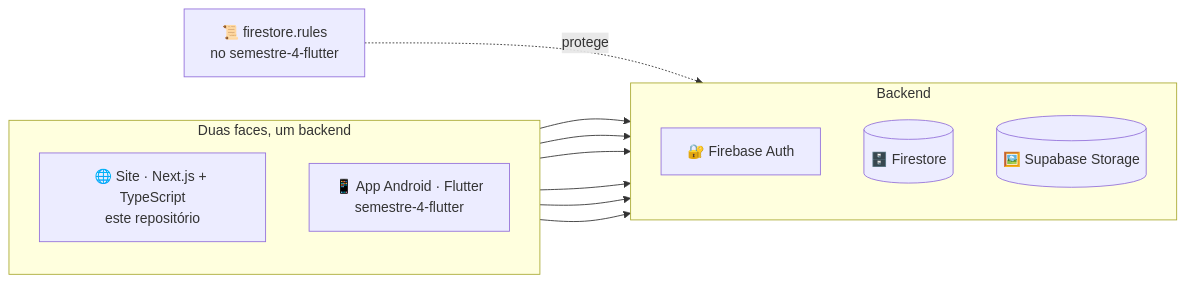
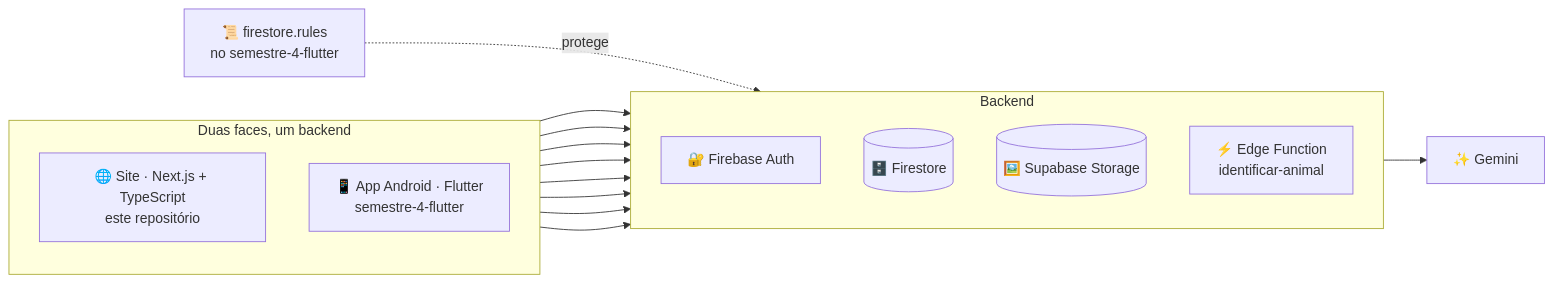
The diagram in README.md (ecomap-devs/semestre-4-nextjs), drawn with Mermaid before and after one commit. The commit also changed other lines of this file and 1 other file, not shown here.

````diff
--- a/README.md
+++ b/README.md
@@ -31,17 +34,19 @@
 ```mermaid
 flowchart LR
     subgraph faces[Duas faces, um backend]
         direction TB
         web["🌐 Site · Next.js + TypeScript<br/>este repositório"]
         app["📱 App Android · Flutter<br/>semestre-4-flutter"]
     end
     subgraph backend[Backend]
         direction TB
         auth[🔐 Firebase Auth]
         fs[(🗄️ Firestore)]
         sb[(🖼️ Supabase Storage)]
+        fn["⚡ Edge Function<br/>identificar-animal"]
     end
-    web --> auth & fs & sb
-    app --> auth & fs & sb
+    web --> auth & fs & sb & fn
+    app --> auth & fs & sb & fn
+    fn --> gemini["✨ Gemini"]
     regras["📜 firestore.rules<br/>no semestre-4-flutter"] -. protege .-> fs
 ```
````
